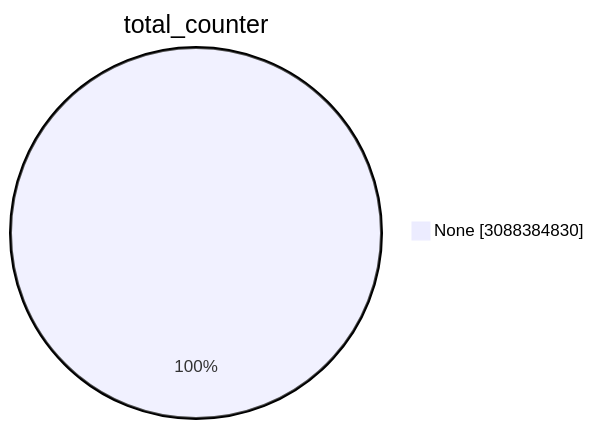
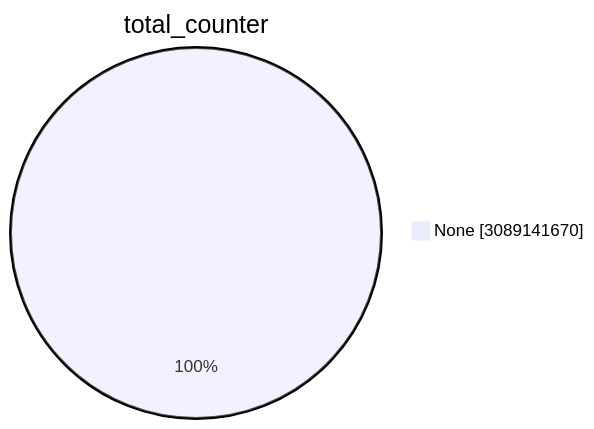
Before and after one commit to christiankrug/ctmonitor_visualization: the first of 15 diagrams in TOTAL/README.md, drawn with Mermaid. The commit also changed other lines of this file, not shown here.

````diff
--- a/TOTAL/README.md
+++ b/TOTAL/README.md
@@ -1,5 +1,5 @@
 ```mermaid
 pie showData
 title total_counter
-"None" :3088384830
+"None" :3089141670
 ```
````
